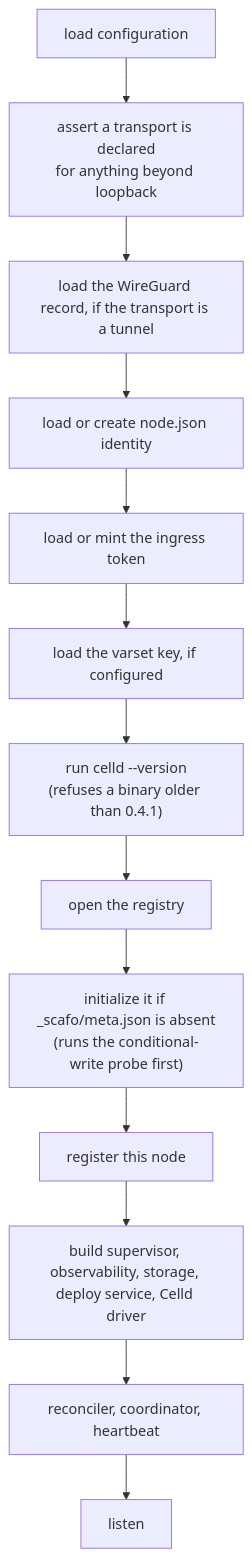
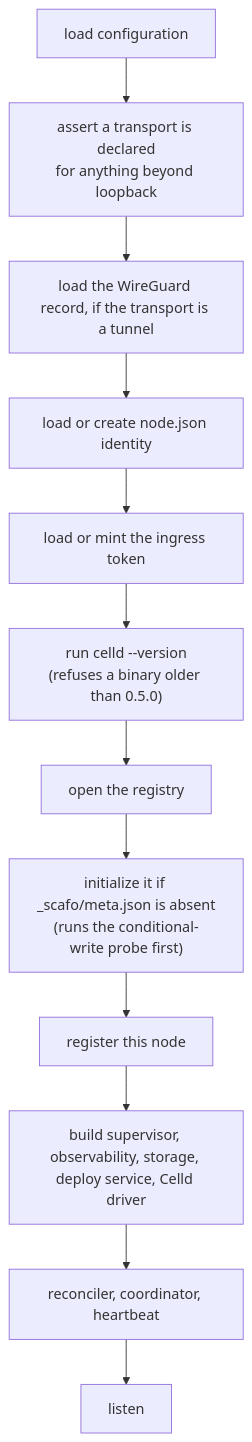
Before and after one commit to sandros94/scafo-docs: the diagram in 1.docs/30.operations.md, drawn with Mermaid. The commit also changed other lines of this file and 36 other files, not shown here.

````diff
--- a/1.docs/30.operations.md
+++ b/1.docs/30.operations.md
@@ -11,15 +11,14 @@
 ```mermaid
 flowchart TD
   cfg["load configuration"] --> tr["assert a transport is declared<br/>for anything beyond loopback"]
   tr --> wg["load the WireGuard record, if the transport is a tunnel"]
   wg --> id["load or create node.json identity"]
   id --> tok["load or mint the ingress token"]
-  tok --> vk["load the varset key, if configured"]
-  vk --> ver["run celld --version<br/>(refuses a binary older than 0.4.1)"]
+  tok --> ver["run celld --version<br/>(refuses a binary older than 0.5.0)"]
   ver --> reg["open the registry"]
   reg --> init["initialize it if _scafo/meta.json is absent<br/>(runs the conditional-write probe first)"]
   init --> rn["register this node"]
   rn --> svc["build supervisor, observability, storage, deploy service, Celld driver"]
   svc --> loops["reconciler, coordinator, heartbeat"]
   loops --> listen["listen"]
 ```
````
